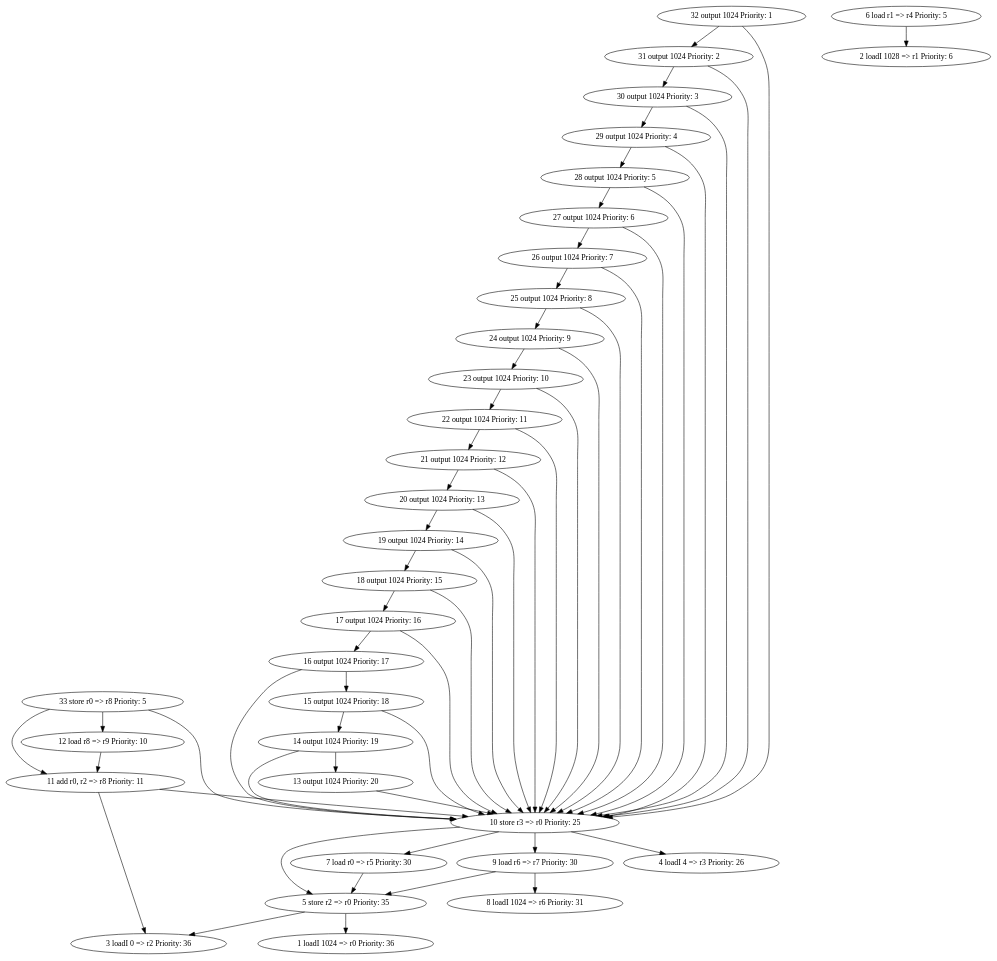
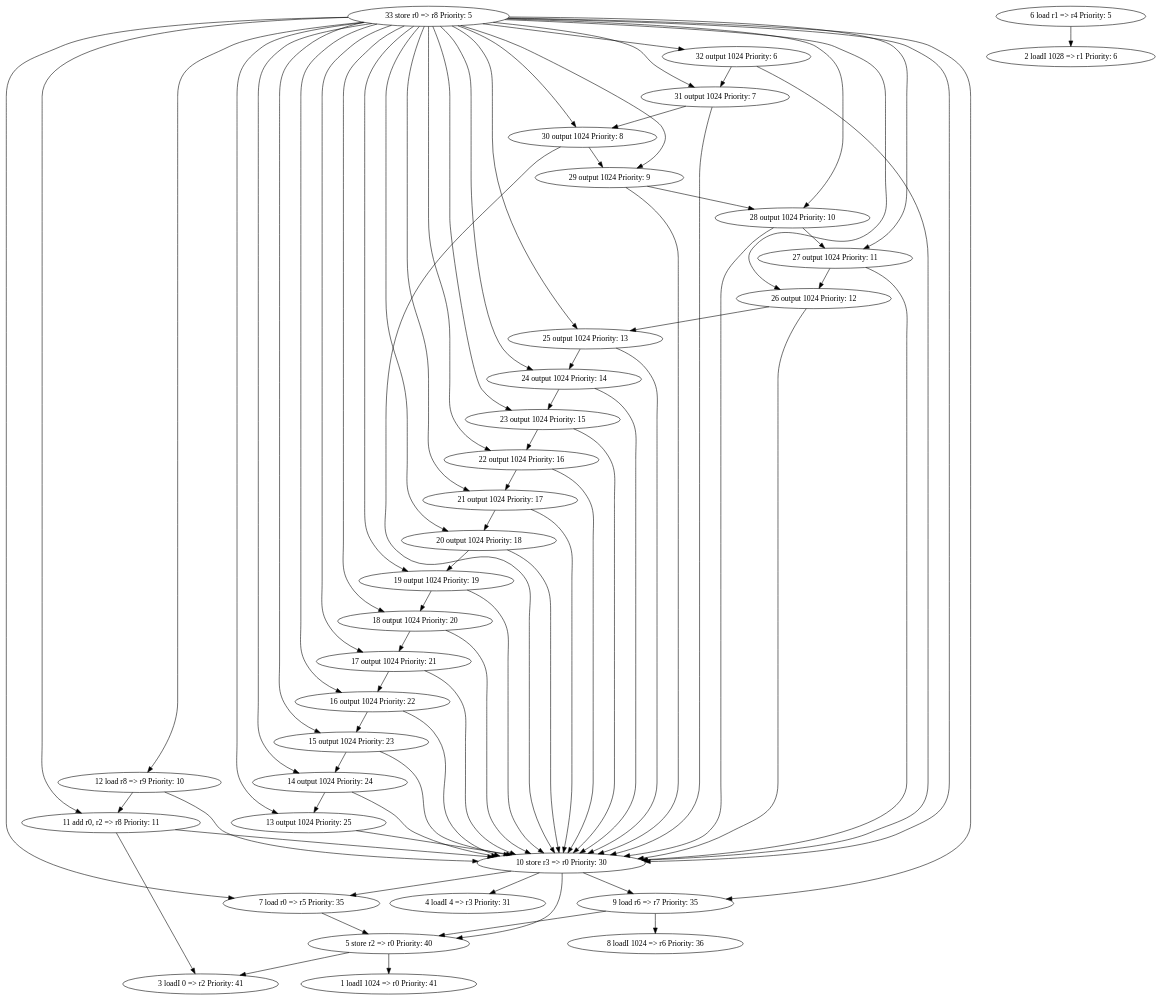
One commit to martinzc/instruction-scheduling changed the diagram in src/graph.dot. Above: the diagram before and after it, drawn with Graphviz. The commit also changed 1 other file, not shown here.

Commit message:
fixed bugs for building dependency graph

```diff
--- a/src/graph.dot
+++ b/src/graph.dot
@@ -1,90 +1,113 @@
 digraph g {
-    31 [label="31 output 1024 Priority: 2"];
-    32 [label="32 output 1024 Priority: 1"];
+    31 [label="31 output 1024 Priority: 7"];
+    32 [label="32 output 1024 Priority: 6"];
     33 [label="33 store r0 => r8 Priority: 5"];
-    3 [label="3 loadI 0 => r2 Priority: 36"];
-    4 [label="4 loadI 4 => r3 Priority: 26"];
-    5 [label="5 store r2 => r0 Priority: 35"];
-    1 [label="1 loadI 1024 => r0 Priority: 36"];
-    7 [label="7 load r0 => r5 Priority: 30"];
+    3 [label="3 loadI 0 => r2 Priority: 41"];
+    4 [label="4 loadI 4 => r3 Priority: 31"];
+    5 [label="5 store r2 => r0 Priority: 40"];
+    6 [label="6 load r1 => r4 Priority: 5"];
+    7 [label="7 load r0 => r5 Priority: 35"];
     2 [label="2 loadI 1028 => r1 Priority: 6"];
-    9 [label="9 load r6 => r7 Priority: 30"];
-    10 [label="10 store r3 => r0 Priority: 25"];
-    6 [label="6 load r1 => r4 Priority: 5"];
+    9 [label="9 load r6 => r7 Priority: 35"];
+    10 [label="10 store r3 => r0 Priority: 30"];
+    1 [label="1 loadI 1024 => r0 Priority: 41"];
     11 [label="11 add r0, r2 => r8 Priority: 11"];
     12 [label="12 load r8 => r9 Priority: 10"];
-    13 [label="13 output 1024 Priority: 20"];
-    14 [label="14 output 1024 Priority: 19"];
-    15 [label="15 output 1024 Priority: 18"];
-    16 [label="16 output 1024 Priority: 17"];
-    17 [label="17 output 1024 Priority: 16"];
-    18 [label="18 output 1024 Priority: 15"];
-    19 [label="19 output 1024 Priority: 14"];
-    20 [label="20 output 1024 Priority: 13"];
-    21 [label="21 output 1024 Priority: 12"];
-    22 [label="22 output 1024 Priority: 11"];
-    8 [label="8 loadI 1024 => r6 Priority: 31"];
-    23 [label="23 output 1024 Priority: 10"];
-    24 [label="24 output 1024 Priority: 9"];
-    25 [label="25 output 1024 Priority: 8"];
-    26 [label="26 output 1024 Priority: 7"];
-    27 [label="27 output 1024 Priority: 6"];
-    28 [label="28 output 1024 Priority: 5"];
-    29 [label="29 output 1024 Priority: 4"];
-    30 [label="30 output 1024 Priority: 3"];
+    13 [label="13 output 1024 Priority: 25"];
+    14 [label="14 output 1024 Priority: 24"];
+    15 [label="15 output 1024 Priority: 23"];
+    16 [label="16 output 1024 Priority: 22"];
+    17 [label="17 output 1024 Priority: 21"];
+    18 [label="18 output 1024 Priority: 20"];
+    19 [label="19 output 1024 Priority: 19"];
+    20 [label="20 output 1024 Priority: 18"];
+    21 [label="21 output 1024 Priority: 17"];
+    22 [label="22 output 1024 Priority: 16"];
+    8 [label="8 loadI 1024 => r6 Priority: 36"];
+    23 [label="23 output 1024 Priority: 15"];
+    24 [label="24 output 1024 Priority: 14"];
+    25 [label="25 output 1024 Priority: 13"];
+    26 [label="26 output 1024 Priority: 12"];
+    27 [label="27 output 1024 Priority: 11"];
+    28 [label="28 output 1024 Priority: 10"];
+    29 [label="29 output 1024 Priority: 9"];
+    30 [label="30 output 1024 Priority: 8"];
     31->10;
     31->30;
     32->31;
     32->10;
+    33->31;
+    33->32;
+    33->7;
+    33->9;
+    33->10;
     33->11;
     33->12;
-    33->10;
+    33->13;
+    33->14;
+    33->15;
+    33->16;
+    33->17;
+    33->18;
+    33->19;
+    33->20;
+    33->21;
+    33->22;
+    33->23;
+    33->24;
+    33->25;
+    33->26;
+    33->27;
+    33->28;
+    33->29;
+    33->30;
     5->3;
     5->1;
+    6->2;
     7->5;
     9->5;
     9->8;
     10->5;
     10->4;
     10->9;
     10->7;
-    6->2;
     11->3;
     11->10;
     12->11;
+    12->10;
     13->10;
     14->13;
     14->10;
     15->10;
     15->14;
     16->15;
     16->10;
     17->10;
     17->16;
     18->17;
     18->10;
     19->10;
     19->18;
     20->19;
     20->10;
     21->10;
     21->20;
     22->21;
     22->10;
     23->10;
     23->22;
     24->23;
     24->10;
     25->10;
     25->24;
     26->25;
     26->10;
     27->10;
     27->26;
     28->27;
     28->10;
     29->10;
     29->28;
     30->29;
     30->10;
 }
```
